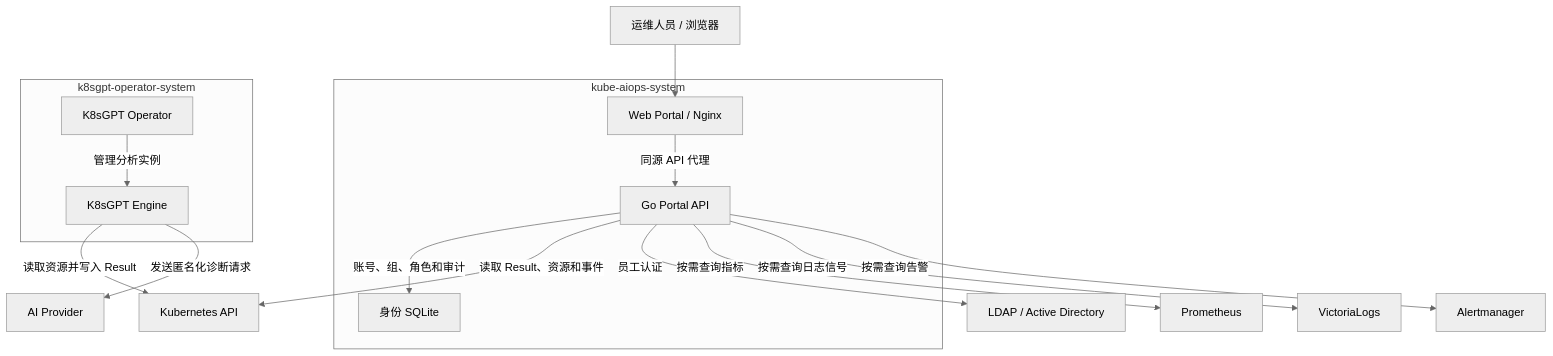
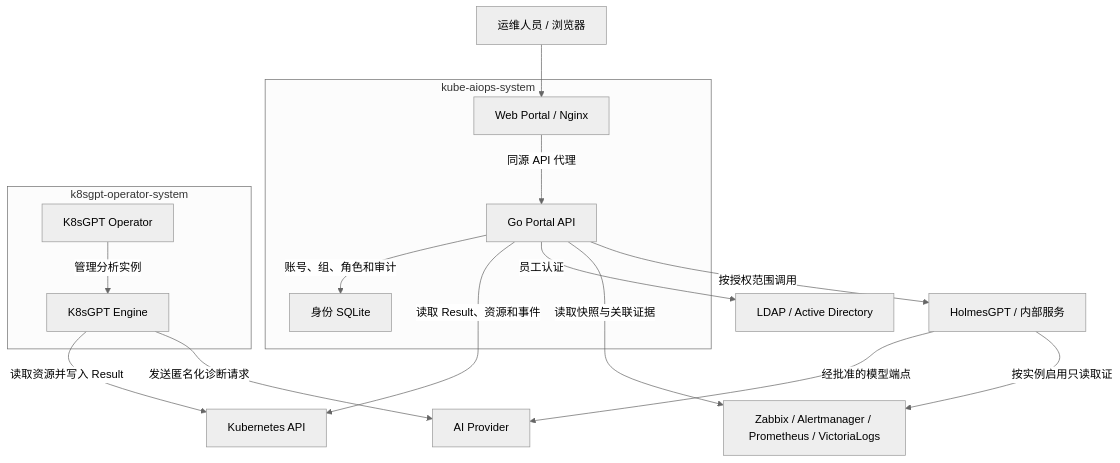
The diagram in README.md (abchw517/kube-aiops), drawn with Mermaid (neutral theme) before and after one commit. The commit also changed other lines of this file and 33 other files, not shown here.

````diff
--- a/README.md
+++ b/README.md
@@ -70,18 +73,19 @@
 ```mermaid
 flowchart TD
     User["运维人员 / 浏览器"] --> Portal
     subgraph Application["kube-aiops-system"]
         Portal["Web Portal / Nginx"] -->|同源 API 代理| Backend["Go Portal API"]
         Backend -->|账号、组、角色和审计| Identity["身份 SQLite"]
     end
     subgraph Analysis["k8sgpt-operator-system"]
         Operator["K8sGPT Operator"] -->|管理分析实例| Engine["K8sGPT Engine"]
     end
     Engine -->|读取资源并写入 Result| Kubernetes["Kubernetes API"]
     Engine -->|发送匿名化诊断请求| Provider["AI Provider"]
     Backend -->|读取 Result、资源和事件| Kubernetes
     Backend -->|员工认证| LDAP["LDAP / Active Directory"]
-    Backend -->|按需查询指标| Prometheus["Prometheus"]
-    Backend -->|按需查询日志信号| VictoriaLogs["VictoriaLogs"]
-    Backend -->|按需查询告警| Alertmanager["Alertmanager"]
+    Backend -->|读取快照与关联证据| Obs["Zabbix / Alertmanager / Prometheus / VictoriaLogs"]
+    Backend -->|按授权范围调用| Holmes["HolmesGPT / 内部服务"]
+    Holmes -->|经批准的模型端点| Provider
+    Holmes -->|按实例启用只读取证| Obs
 ```
````
